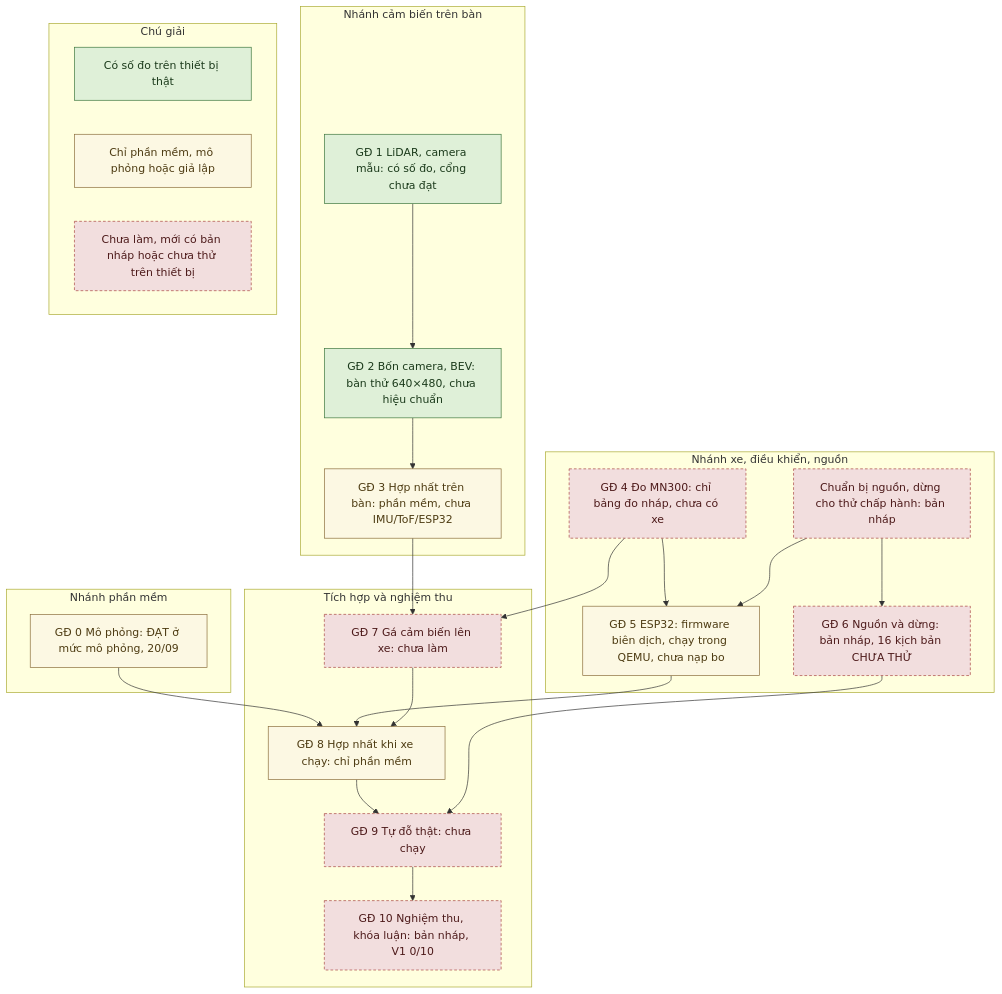
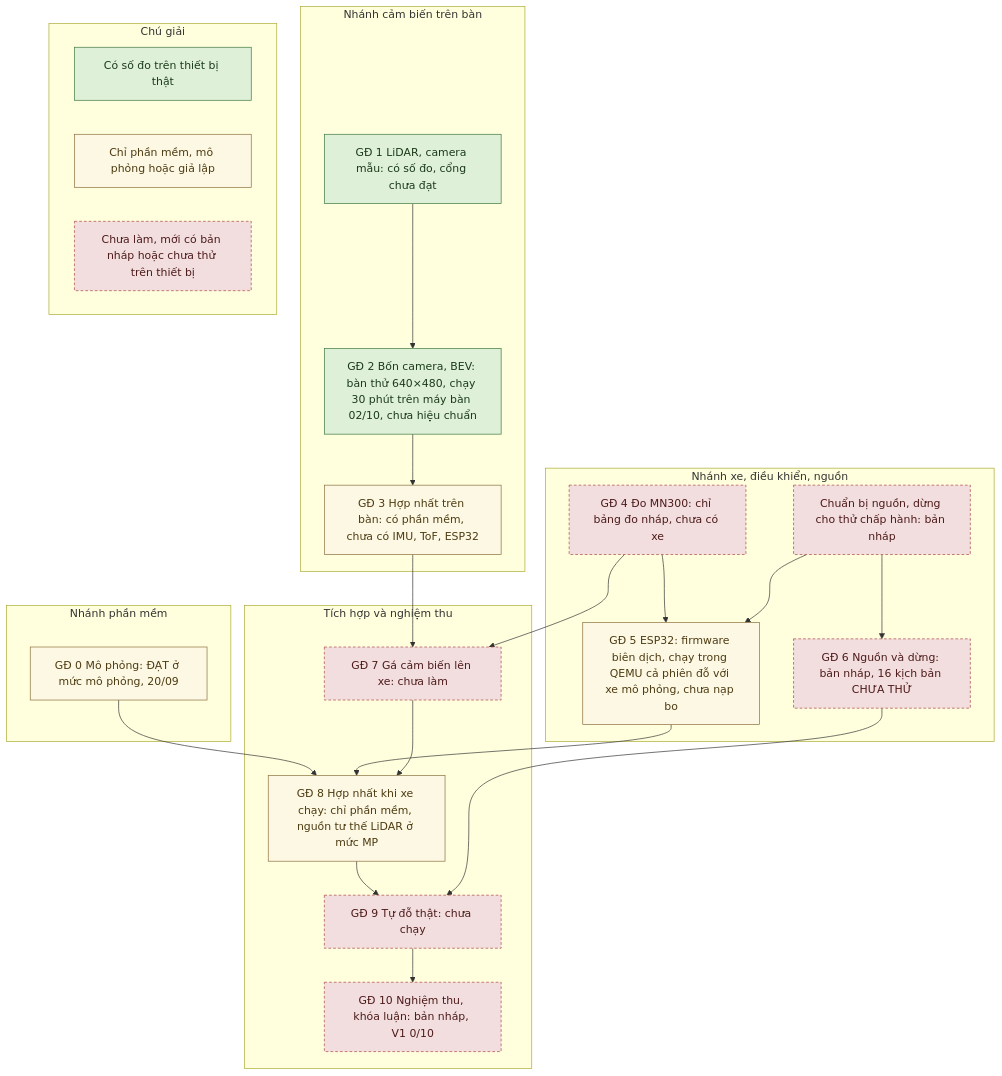
One commit to thbn12082/autopark changed the first of 5 diagrams in TONG_HOP_DU_AN.md. Above: the diagram before and after it, drawn with Mermaid. The commit also changed other lines of this file and 223 other files, not shown here.

````diff
--- a/TONG_HOP_DU_AN.md
+++ b/TONG_HOP_DU_AN.md
@@ -54,43 +56,43 @@
 ```mermaid
 flowchart TD
     subgraph SG_PM["Nhánh phần mềm"]
         G0["GĐ 0 Mô phỏng: ĐẠT ở mức mô phỏng, 20/09"]
     end
     subgraph SG_CB["Nhánh cảm biến trên bàn"]
         G1["GĐ 1 LiDAR, camera mẫu: có số đo, cổng chưa đạt"]
-        G2["GĐ 2 Bốn camera, BEV: bàn thử 640×480, chưa hiệu chuẩn"]
-        G3["GĐ 3 Hợp nhất trên bàn: phần mềm, chưa IMU/ToF/ESP32"]
+        G2["GĐ 2 Bốn camera, BEV: bàn thử 640×480, chạy 30 phút trên máy bàn 02/10, chưa hiệu chuẩn"]
+        G3["GĐ 3 Hợp nhất trên bàn: có phần mềm, chưa có IMU, ToF, ESP32"]
     end
     subgraph SG_XE["Nhánh xe, điều khiển, nguồn"]
         G4["GĐ 4 Đo MN300: chỉ bảng đo nháp, chưa có xe"]
         P["Chuẩn bị nguồn, dừng cho thử chấp hành: bản nháp"]
-        G5["GĐ 5 ESP32: firmware biên dịch, chạy trong QEMU, chưa nạp bo"]
+        G5["GĐ 5 ESP32: firmware biên dịch, chạy trong QEMU cả phiên đỗ với xe mô phỏng, chưa nạp bo"]
         G6["GĐ 6 Nguồn và dừng: bản nháp, 16 kịch bản CHƯA THỬ"]
     end
     subgraph SG_TH["Tích hợp và nghiệm thu"]
         G7["GĐ 7 Gá cảm biến lên xe: chưa làm"]
-        G8["GĐ 8 Hợp nhất khi xe chạy: chỉ phần mềm"]
+        G8["GĐ 8 Hợp nhất khi xe chạy: chỉ phần mềm, nguồn tư thế LiDAR ở mức MP"]
         G9["GĐ 9 Tự đỗ thật: chưa chạy"]
         G10["GĐ 10 Nghiệm thu, khóa luận: bản nháp, V1 0/10"]
     end
     G1 --> G2 --> G3 --> G7
     G4 --> G5
     G4 --> G7
     P --> G5
     P --> G6
     G0 --> G8
     G5 --> G8
     G7 --> G8 --> G9 --> G10
     G6 --> G9
     subgraph SG_CG["Chú giải"]
         K1["Có số đo trên thiết bị thật"]
         K2["Chỉ phần mềm, mô phỏng hoặc giả lập"]
         K3["Chưa làm, mới có bản nháp hoặc chưa thử trên thiết bị"]
     end
     classDef daco fill:#dff0d8,stroke:#3c763d,color:#1b3a1b
     classDef giaLap fill:#fcf8e3,stroke:#8a6d3b,color:#4d3b12
     classDef chuaLam fill:#f2dede,stroke:#a94442,color:#4d1a1a,stroke-dasharray: 4 3
     class G1,G2,K1 daco
     class G0,G3,G5,G8,K2 giaLap
     class G4,P,G6,G7,G9,G10,K3 chuaLam
 ```
````
